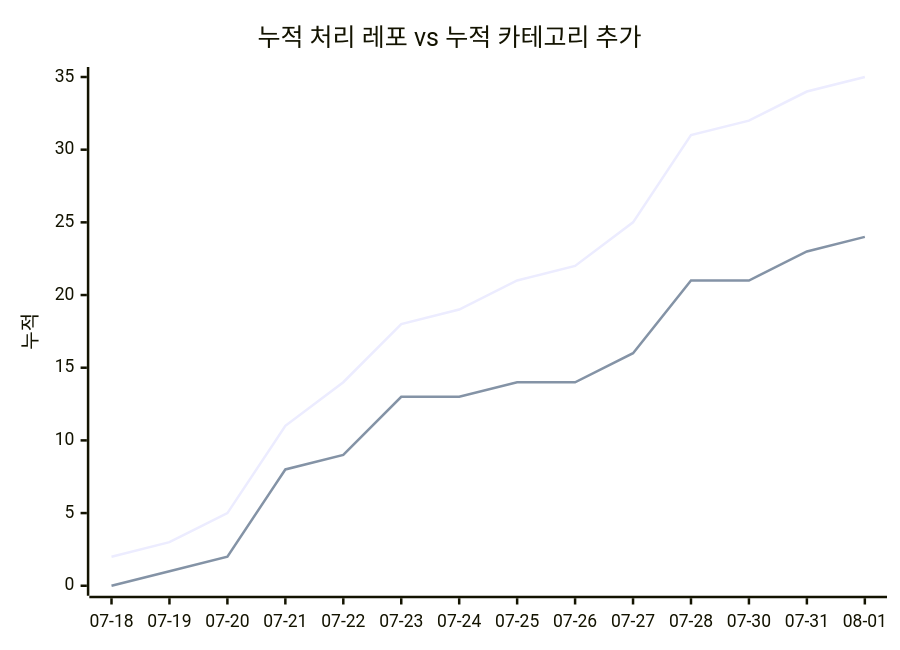
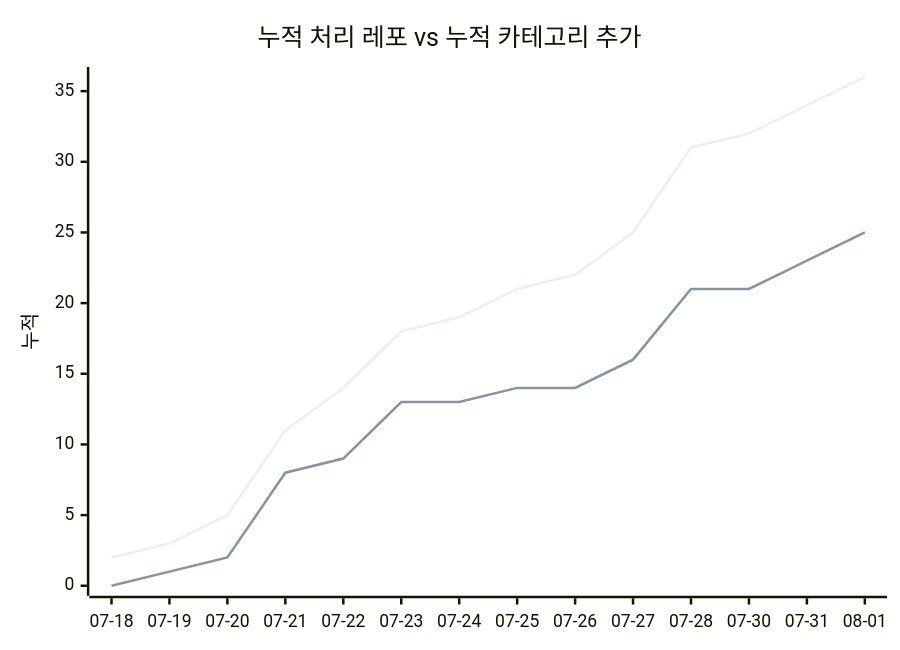
The second of 2 diagrams in docs/trends.md (J-nowcow/awesome-korean-agent-skills), drawn with Mermaid before and after one commit. The commit also changed other lines of this file and 3 other files, not shown here.

````diff
--- a/docs/trends.md
+++ b/docs/trends.md
@@ -68,8 +68,8 @@
 ```mermaid
 xychart-beta
     title "누적 처리 레포 vs 누적 카테고리 추가"
     x-axis ["07-18","07-19","07-20","07-21","07-22","07-23","07-24","07-25","07-26","07-27","07-28","07-30","07-31","08-01"]
     y-axis "누적"
-    line [2,3,5,11,14,18,19,21,22,25,31,32,34,35]
-    line [0,1,2,8,9,13,13,14,14,16,21,21,23,24]
+    line [2,3,5,11,14,18,19,21,22,25,31,32,34,36]
+    line [0,1,2,8,9,13,13,14,14,16,21,21,23,25]
 ```
````
